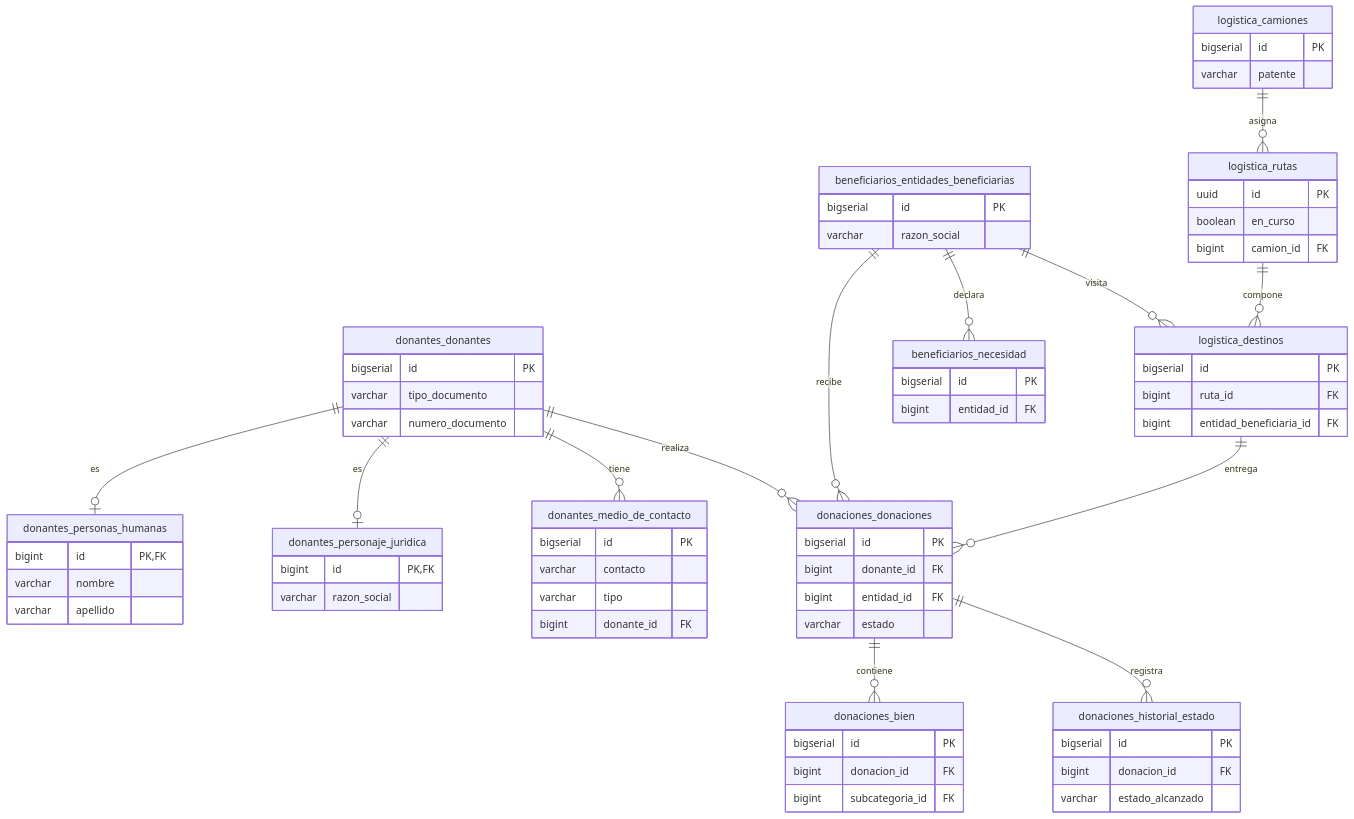
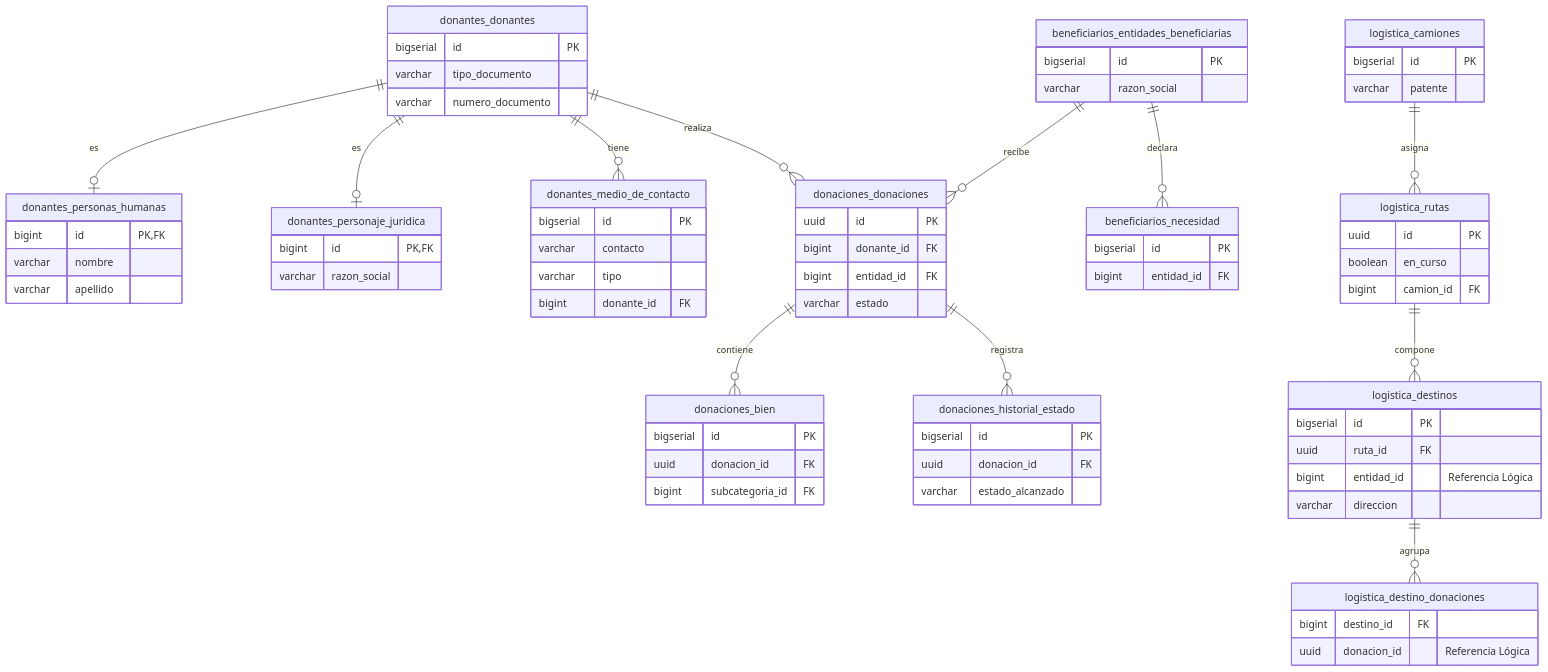
Before and after one commit to eonishi/tp-dds-2026-donatrack: the diagram in docs/DER-fisico.md, drawn with Mermaid. The commit also changed other lines of this file and 11 other files, not shown here.

````diff
--- a/docs/DER-fisico.md
+++ b/docs/DER-fisico.md
@@ -5,5 +5,9 @@
 ```mermaid
 erDiagram
+    %% ==========================================
+    %% MICROSERVICIO: DONACIONES
+    %% ==========================================
+    
     %% ESQUEMA DONANTES
     donantes_donantes {
         bigserial id PK
@@ -38,22 +42,39 @@
 
     %% ESQUEMA DONACIONES
     donaciones_donaciones {
-        bigserial id PK
+        uuid id PK
         bigint donante_id FK
         bigint entidad_id FK
         varchar estado
     }
     donaciones_historial_estado {
         bigserial id PK
-        bigint donacion_id FK
+        uuid donacion_id FK
         varchar estado_alcanzado
     }
     donaciones_bien {
         bigserial id PK
-        bigint donacion_id FK
+        uuid donacion_id FK
         bigint subcategoria_id FK
     }
 
+    %% Relaciones (Microservicio Donaciones)
+    donantes_donantes ||--o| donantes_personas_humanas : "es"
+    donantes_donantes ||--o| donantes_personaje_juridica : "es"
+    donantes_donantes ||--o{ donantes_medio_de_contacto : "tiene"
+    
+    donantes_donantes ||--o{ donaciones_donaciones : "realiza"
+    beneficiarios_entidades_beneficiarias ||--o{ donaciones_donaciones : "recibe"
+    beneficiarios_entidades_beneficiarias ||--o{ beneficiarios_necesidad : "declara"
+    
+    donaciones_donaciones ||--o{ donaciones_bien : "contiene"
+    donaciones_donaciones ||--o{ donaciones_historial_estado : "registra"
+
+
+    %% ==========================================
+    %% MICROSERVICIO: LOGÍSTICA
+    %% ==========================================
+    
     %% ESQUEMA LOGISTICA
     logistica_camiones {
         bigserial id PK
@@ -66,24 +87,25 @@
     }
     logistica_destinos {
         bigserial id PK
-        bigint ruta_id FK
-        bigint entidad_beneficiaria_id FK
+        uuid ruta_id FK
+        bigint entidad_id "Referencia Lógica"
+        varchar direccion
+    }
+    logistica_destino_donaciones {
+        bigint destino_id FK
+        uuid donacion_id "Referencia Lógica"
     }
 
-    %% RELACIONES
-    donantes_donantes ||--o| donantes_personas_humanas : "es"
-    donantes_donantes ||--o| donantes_personaje_juridica : "es"
-    donantes_donantes ||--o{ donantes_medio_de_contacto : "tiene"
-    
-    donantes_donantes ||--o{ donaciones_donaciones : "realiza"
-    beneficiarios_entidades_beneficiarias ||--o{ donaciones_donaciones : "recibe"
-    beneficiarios_entidades_beneficiarias ||--o{ beneficiarios_necesidad : "declara"
-    
-    donaciones_donaciones ||--o{ donaciones_bien : "contiene"
-    donaciones_donaciones ||--o{ donaciones_historial_estado : "registra"
-    
+    %% Relaciones (Microservicio Logística)
     logistica_camiones ||--o{ logistica_rutas : "asigna"
     logistica_rutas ||--o{ logistica_destinos : "compone"
-    beneficiarios_entidades_beneficiarias ||--o{ logistica_destinos : "visita"
-    logistica_destinos ||--o{ donaciones_donaciones : "entrega"
+    logistica_destinos ||--o{ logistica_destino_donaciones : "agrupa"
+
+    %% ==========================================
+    %% RELACIONES ENTRE MICROSERVICIOS (APIs)
+    %% ==========================================
+    %% Nota: No se dibujan conectores relacionales cruzados para reflejar la 
+    %% ausencia de restricciones FK reales. La integración se realiza mediante APIs:
+    %% - logistica_destinos usa "entidad_id" referenciando a beneficiarios_entidades_beneficiarias
+    %% - logistica_destino_donaciones usa "donacion_id" referenciando a donaciones_donaciones
 ```
````
